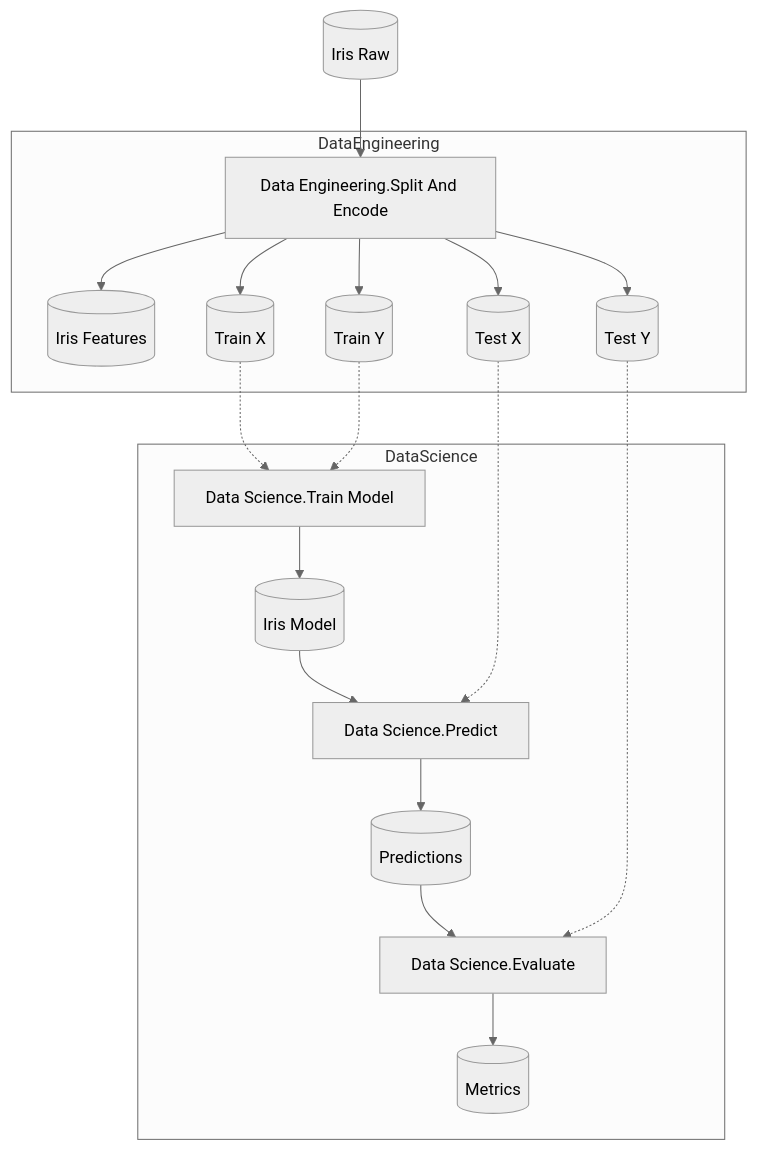
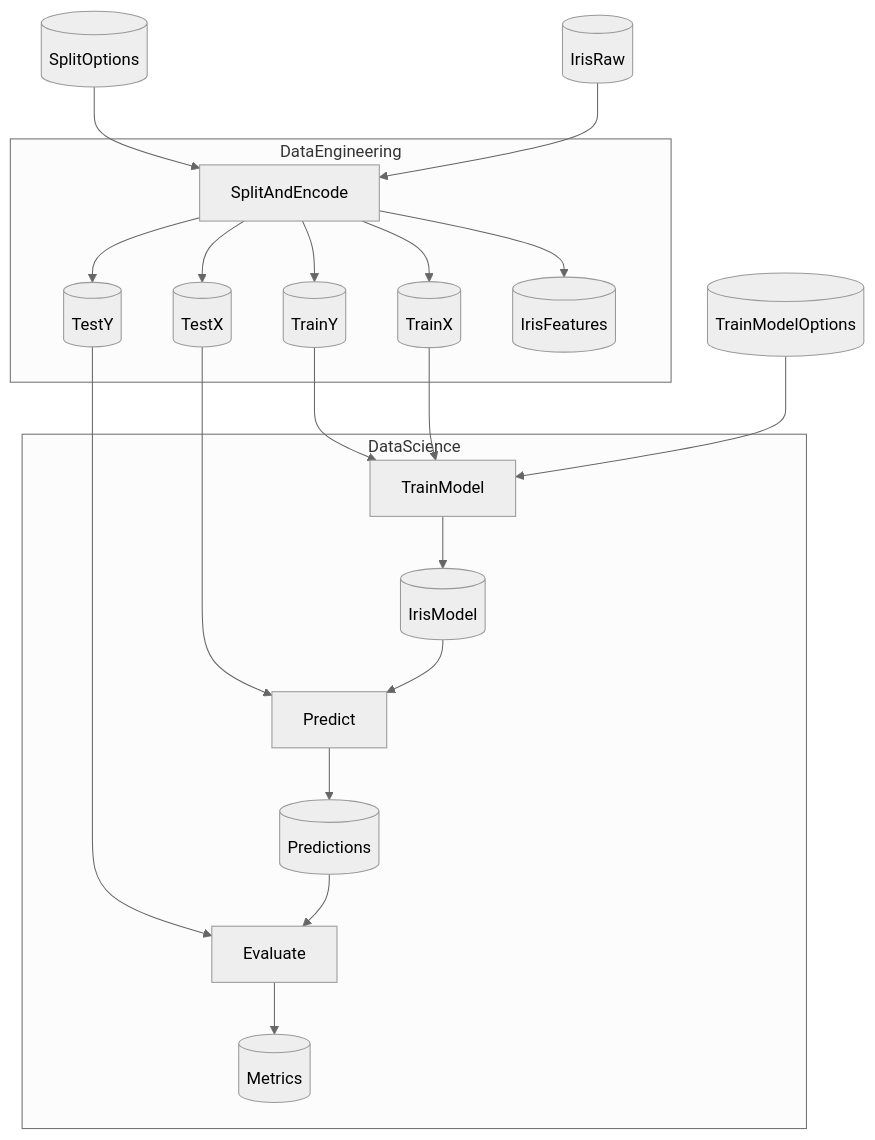
Before and after one commit to chaoticgoodcomputing/flowthru: the diagram in examples/starter/KedroIrisFUnit/README.md, drawn with Mermaid (neutral theme). The commit also changed other lines of this file and 75 other files, not shown here.

````diff
--- a/examples/starter/KedroIrisFUnit/README.md
+++ b/examples/starter/KedroIrisFUnit/README.md
@@ -32,45 +33,46 @@
 ```mermaid
 flowchart TB
 
     %% External Data Inputs
-    IrisRaw[("Iris Raw")]
+    IrisRaw[("IrisRaw")]
+    SplitOptions[("SplitOptions")]
+    TrainModelOptions[("TrainModelOptions")]
 
     subgraph DataEngineering["DataEngineering"]
-        DataEngineering_SplitAndEncode["Data Engineering.Split And Encode"]
-        IrisFeatures[("Iris Features")]
-        TrainX[("Train X")]
-        TrainY[("Train Y")]
-        TestX[("Test X")]
-        TestY[("Test Y")]
-
-        DataEngineering_SplitAndEncode --> IrisFeatures
-        DataEngineering_SplitAndEncode --> TrainX
-        DataEngineering_SplitAndEncode --> TrainY
-        DataEngineering_SplitAndEncode --> TestX
-        DataEngineering_SplitAndEncode --> TestY
+        SplitAndEncode["SplitAndEncode"]
+        IrisFeatures[("IrisFeatures")]
+        TrainX[("TrainX")]
+        TrainY[("TrainY")]
+        TestX[("TestX")]
+        TestY[("TestY")]
     end
 
     subgraph DataScience["DataScience"]
-        DataScience_TrainModel["Data Science.Train Model"]
-        DataScience_Predict["Data Science.Predict"]
-        DataScience_Evaluate["Data Science.Evaluate"]
-        IrisModel[("Iris Model")]
+        TrainModel["TrainModel"]
+        IrisModel[("IrisModel")]
+        Predict["Predict"]
         Predictions[("Predictions")]
+        Evaluate["Evaluate"]
         Metrics[("Metrics")]
-
-        DataScience_TrainModel --> IrisModel
-        IrisModel --> DataScience_Predict
-        DataScience_Predict --> Predictions
-        Predictions --> DataScience_Evaluate
-        DataScience_Evaluate --> Metrics
     end
 
-    %% External Data to Flow Edges
-    IrisRaw --> DataEngineering_SplitAndEncode
+    %% Edges
+    IrisRaw --> SplitAndEncode
+    SplitOptions --> SplitAndEncode
+    SplitAndEncode --> IrisFeatures
+    SplitAndEncode --> TrainX
+    SplitAndEncode --> TrainY
+    SplitAndEncode --> TestX
+    SplitAndEncode --> TestY
+    TrainX --> TrainModel
+    TrainY --> TrainModel
+    TrainModelOptions --> TrainModel
+    TrainModel --> IrisModel
+    IrisModel --> Predict
+    TestX --> Predict
+    Predict --> Predictions
+    Predictions --> Evaluate
+    TestY --> Evaluate
+    Evaluate --> Metrics
 
-    %% Cross-Flow Data Flow
-    TrainX -.-> DataScience_TrainModel
-    TrainY -.-> DataScience_TrainModel
-    TestX -.-> DataScience_Predict
-    TestY -.-> DataScience_Evaluate
 ```
````
